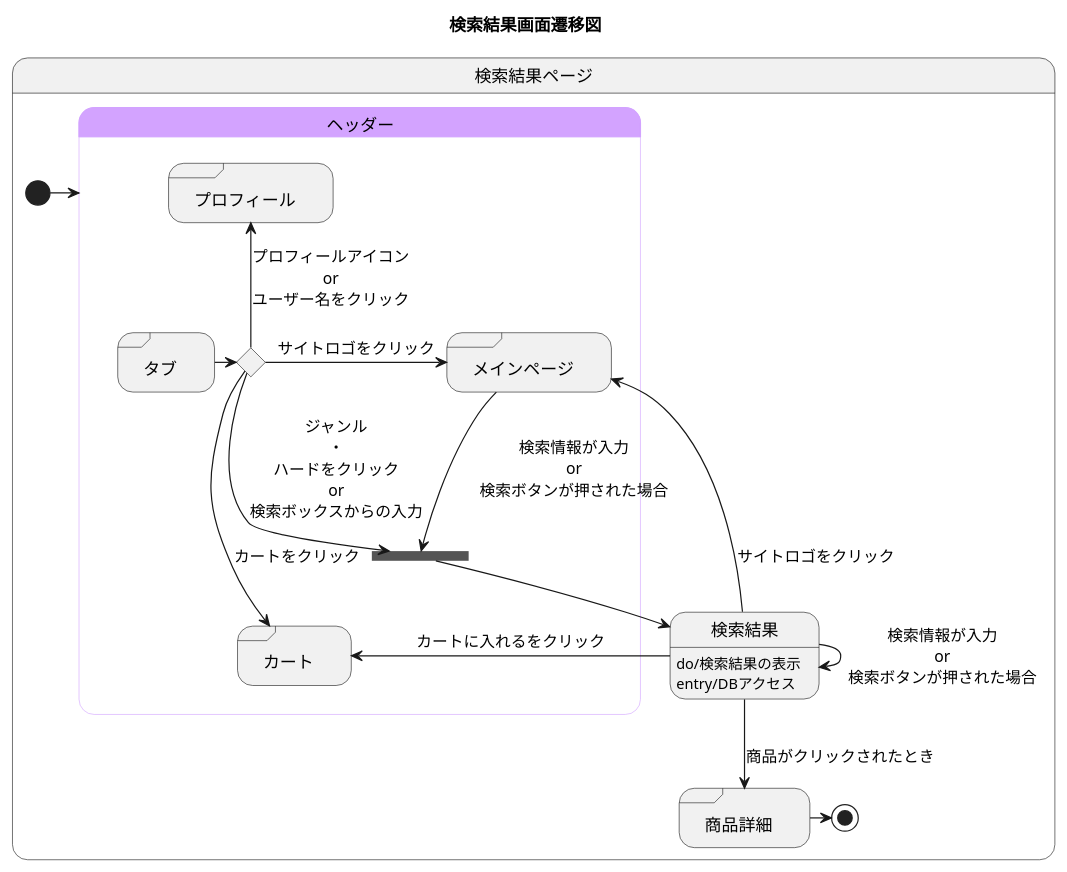
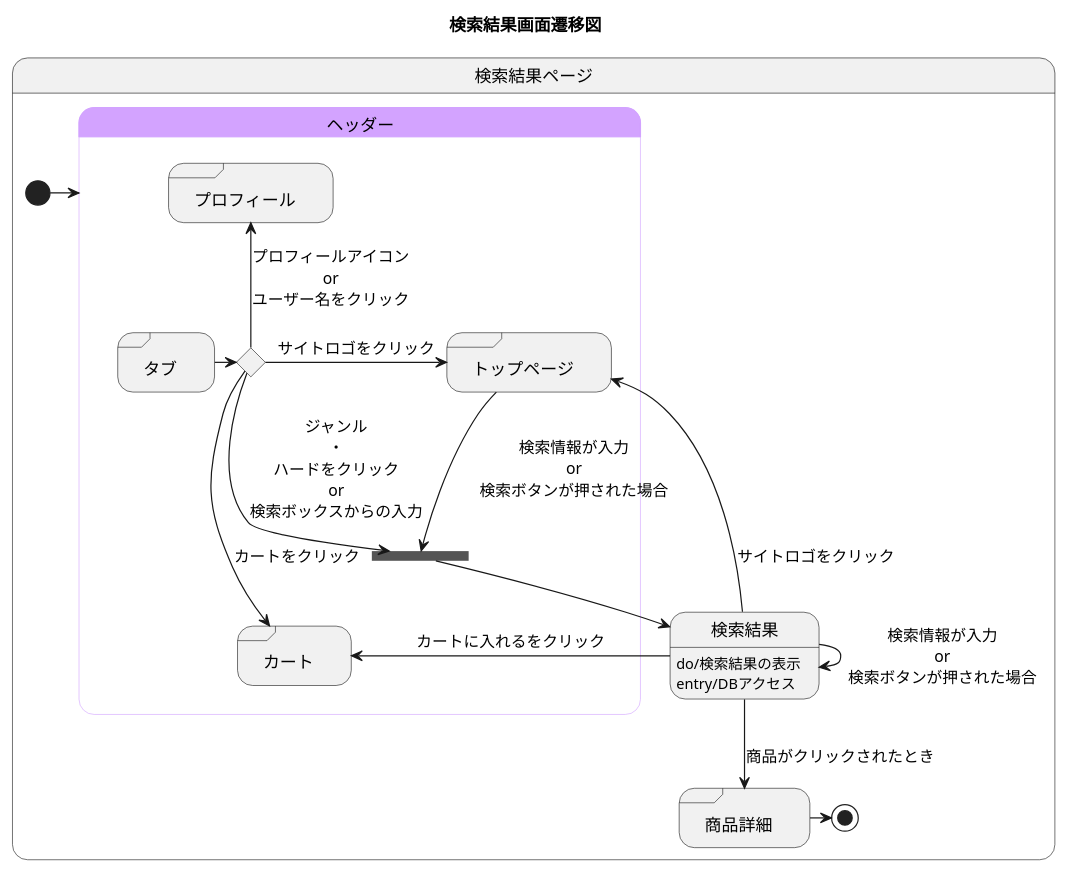
The diagram in 検索結果.md (akutori/T-D-E), drawn with PlantUML before and after one commit. The commit also changed 4 other files, not shown here.

````diff
--- a/検索結果.md
+++ b/検索結果.md
@@ -1,46 +1,46 @@
 ```uml
 @startuml
 title 検索結果画面遷移図
 state 検索結果ページ{
 
 
     state 検索結果:do/検索結果の表示
     state 検索結果:entry/DBアクセス
     state "商品詳細" as goodsdetail <<sdlreceive>>
     
 
 
     [*] -> ヘッダー
     
     検索結果 --> goodsdetail :商品がクリックされたとき
     検索結果 --> 検索結果 :検索情報が入力\nor\n検索ボタンが押された場合
     goodsdetail -> [*]
     
 
     state ヘッダー<<headder>>{
         state join_header <<join>>
         state ifinput <<choice>>
         state "タブ" as tab <<sdlreceive>>
         state "カート" as cart <<sdlreceive>>
         state "プロフィール" as profile <<sdlreceive>>
-        state "メインページ" as mainpage <<sdlreceive>>
+        state "トップページ" as mainpage <<sdlreceive>>
 
         tab -> ifinput 
         ifinput ---> cart :カートをクリック
         ifinput -up-> profile :プロフィールアイコン\nor\nユーザー名をクリック
         ifinput -> mainpage :サイトロゴをクリック
         ifinput -right-> join_header :ジャンル\n・\nハードをクリック\nor\n検索ボックスからの入力
 
         mainpage --> join_header :検索情報が入力\nor\n検索ボタンが押された場合
         検索結果 -> mainpage :サイトロゴをクリック
         join_header ---> 検索結果
         検索結果 -> cart : カートに入れるをクリック
     }
 
     skinparam stateBorderColor<<headder>> #d3a3ff
     state ヘッダー #d3a3ff
 
 }
 
 @enduml
 ```
````
